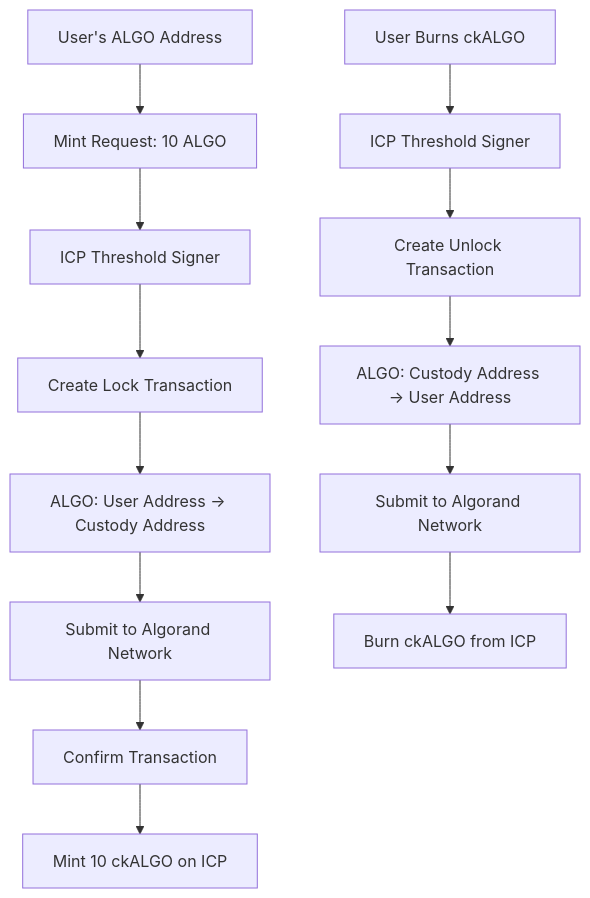
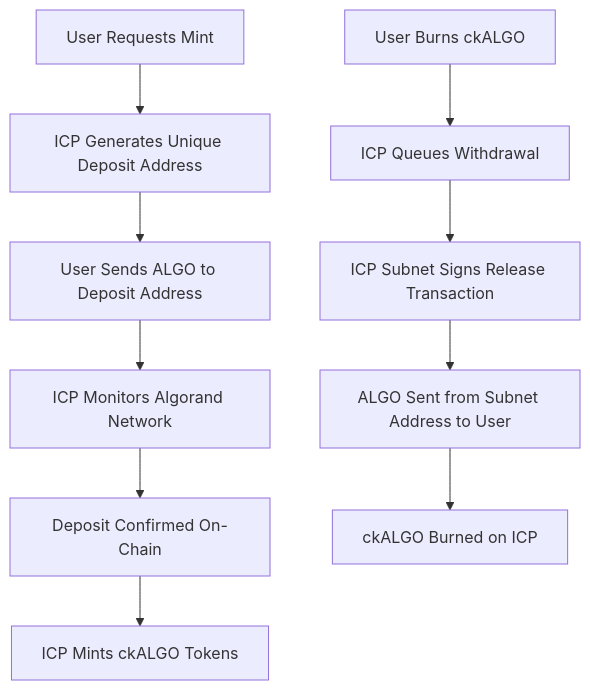
One commit to Nuru-AI/sippar changed the diagram in docs/architecture/CHAIN_FUSION_ARCHITECTURE.md. Above: the diagram before and after it, drawn with Mermaid. The commit also changed other lines of this file and 11 other files, not shown here.

````diff
--- a/docs/architecture/CHAIN_FUSION_ARCHITECTURE.md
+++ b/docs/architecture/CHAIN_FUSION_ARCHITECTURE.md
@@ -42,16 +73,13 @@
 ```mermaid
 graph TD
-    A[User's ALGO Address] --> B[Mint Request: 10 ALGO]
-    B --> C[ICP Threshold Signer]
-    C --> D[Create Lock Transaction]
-    D --> E[ALGO: User Address → Custody Address]
-    E --> F[Submit to Algorand Network]
-    F --> G[Confirm Transaction]
-    G --> H[Mint 10 ckALGO on ICP]
+    A[User Requests Mint] --> B[ICP Generates Unique Deposit Address]
+    B --> C[User Sends ALGO to Deposit Address]
+    C --> D[ICP Monitors Algorand Network]
+    D --> E[Deposit Confirmed On-Chain]
+    E --> F[ICP Mints ckALGO Tokens]
     
-    I[User Burns ckALGO] --> J[ICP Threshold Signer]
-    J --> K[Create Unlock Transaction]
-    K --> L[ALGO: Custody Address → User Address]
-    L --> M[Submit to Algorand Network]
-    M --> N[Burn ckALGO from ICP]
+    G[User Burns ckALGO] --> H[ICP Queues Withdrawal]
+    H --> I[ICP Subnet Signs Release Transaction]
+    I --> J[ALGO Sent from Subnet Address to User]
+    J --> K[ckALGO Burned on ICP]
 ```
````
